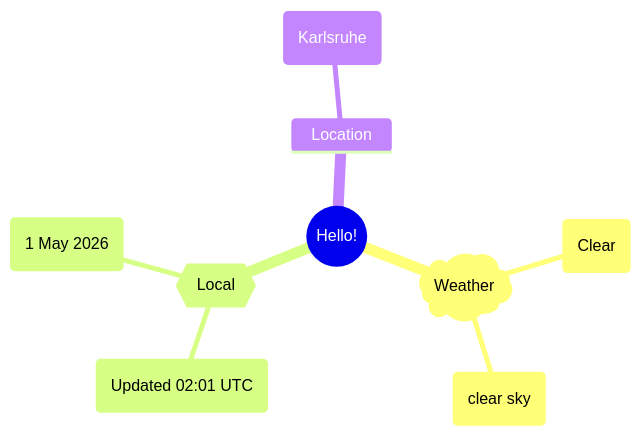
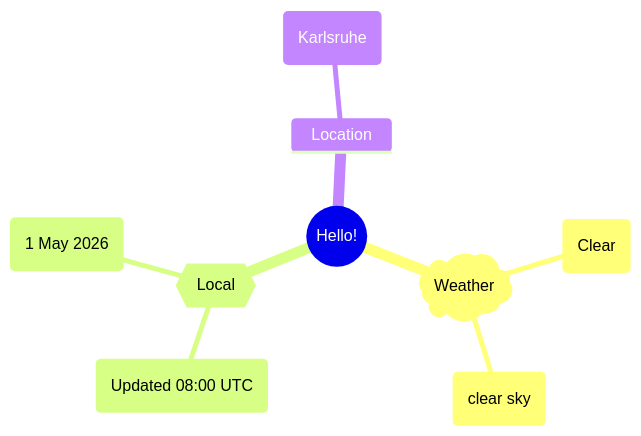
One commit to Xosrov/Xosrov changed the first of 2 diagrams in README.md. Above: the diagram before and after it, drawn with Mermaid.

Commit message:
[bot] updated images

````diff
--- a/README.md
+++ b/README.md
@@ -3,12 +3,12 @@
 ```mermaid
 mindmap
   root((Hello!))
     )Weather(
         (Clear)
         (clear sky)
     {{Local}}
-        (Updated 02:01 UTC)
+        (Updated 08:00 UTC)
         (1 May 2026)
     Location
         (Karlsruhe)
 ```
````
